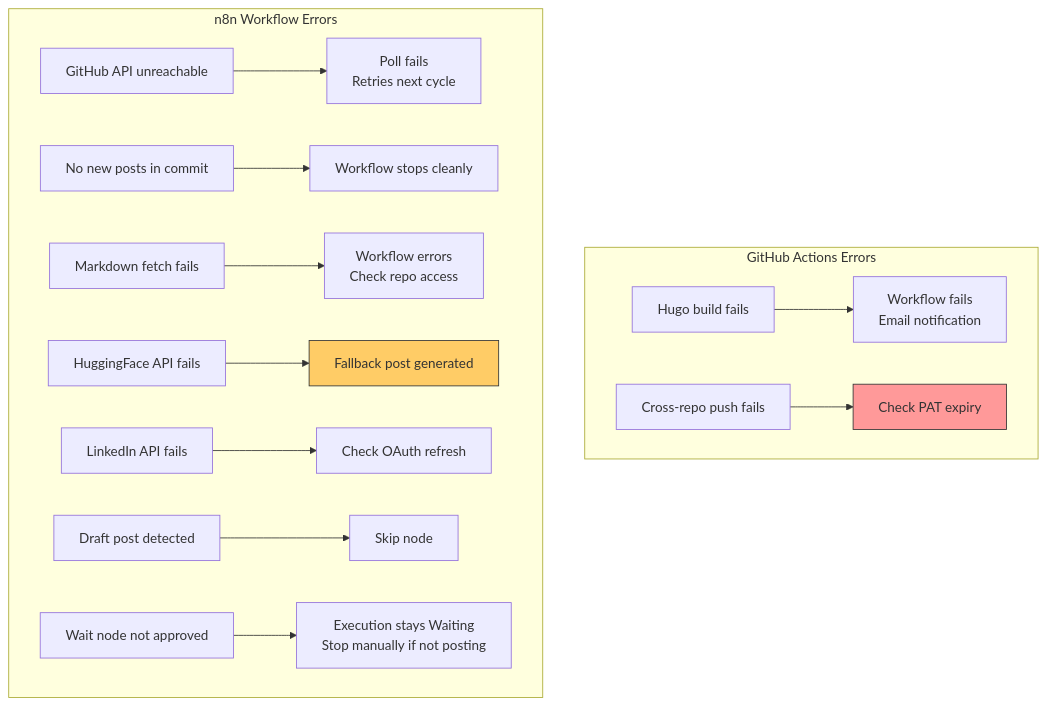
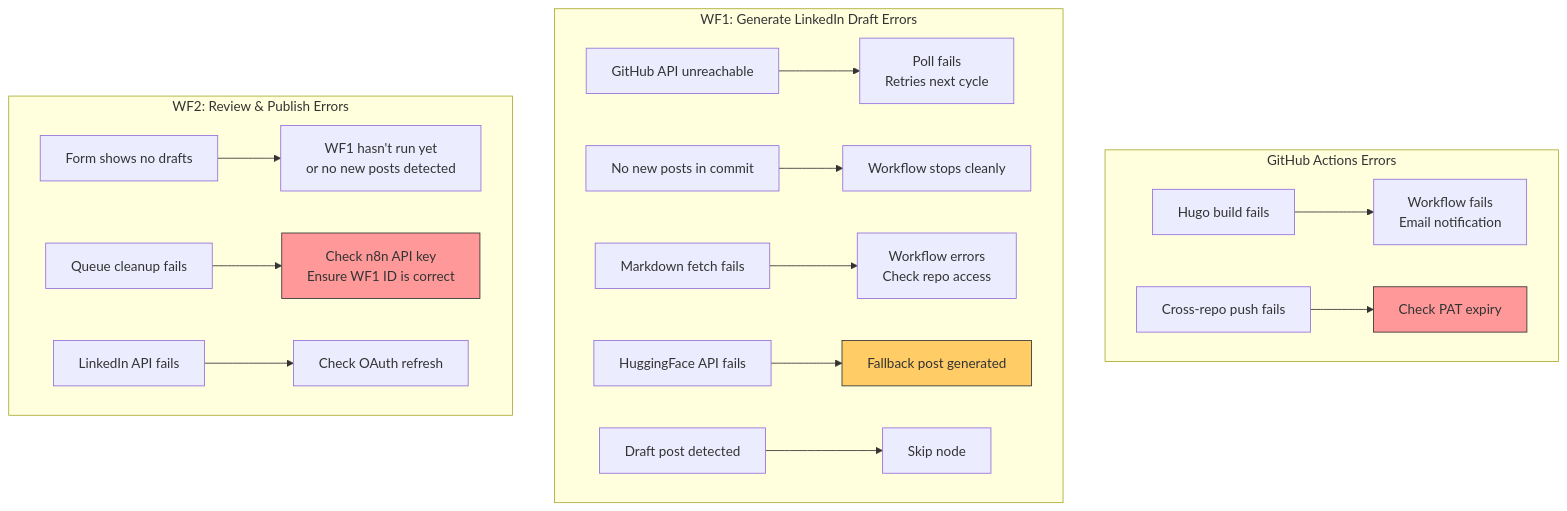
The fifth of 5 diagrams in docs/workflow-documentation.md (thatsmeadarsh/n8n-powered-auto-web-publish), drawn with Mermaid before and after one commit. The commit also changed other lines of this file and 7 other files, not shown here.

First line of the commit message:
Add two-workflow architecture with form-based review

````diff
--- a/docs/workflow-documentation.md
+++ b/docs/workflow-documentation.md
@@ -409,20 +568,25 @@
 ```mermaid
 graph TD
     subgraph Actions["GitHub Actions Errors"]
         AE1["Hugo build fails"] --> AA1["Workflow fails<br/>Email notification"]
         AE2["Cross-repo push fails"] --> AA2["Check PAT expiry"]
     end
 
-    subgraph n8n["n8n Workflow Errors"]
+    subgraph WF1Errors["WF1: Generate LinkedIn Draft Errors"]
         NE1["GitHub API unreachable"] --> NA1["Poll fails<br/>Retries next cycle"]
         NE2["No new posts in commit"] --> NA2["Workflow stops cleanly"]
         NE3["Markdown fetch fails"] --> NA3["Workflow errors<br/>Check repo access"]
         NE4["HuggingFace API fails"] --> NA4["Fallback post generated"]
+        NE6["Draft post detected"] --> NA6["Skip node"]
+    end
+
+    subgraph WF2Errors["WF2: Review & Publish Errors"]
+        NE7["Form shows no drafts"] --> NA7["WF1 hasn't run yet<br/>or no new posts detected"]
+        NE8["Queue cleanup fails"] --> NA8["Check n8n API key<br/>Ensure WF1 ID is correct"]
         NE5["LinkedIn API fails"] --> NA5["Check OAuth refresh"]
-        NE6["Draft post detected"] --> NA6["Skip node"]
-        NE7["Wait node not approved"] --> NA7["Execution stays Waiting<br/>Stop manually if not posting"]
     end
 
     style NA4 fill:#ffcc66,stroke:#333
     style AA2 fill:#ff9999,stroke:#333
+    style NA8 fill:#ff9999,stroke:#333
 ```
````
